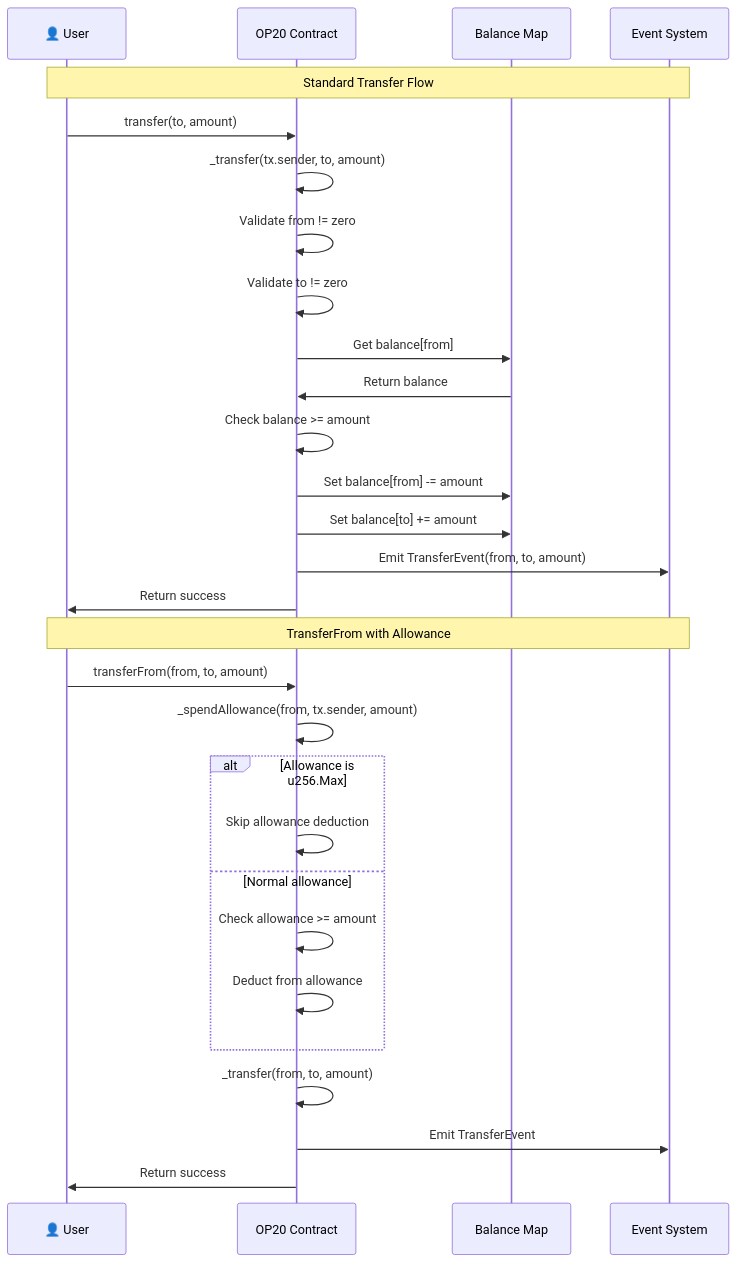
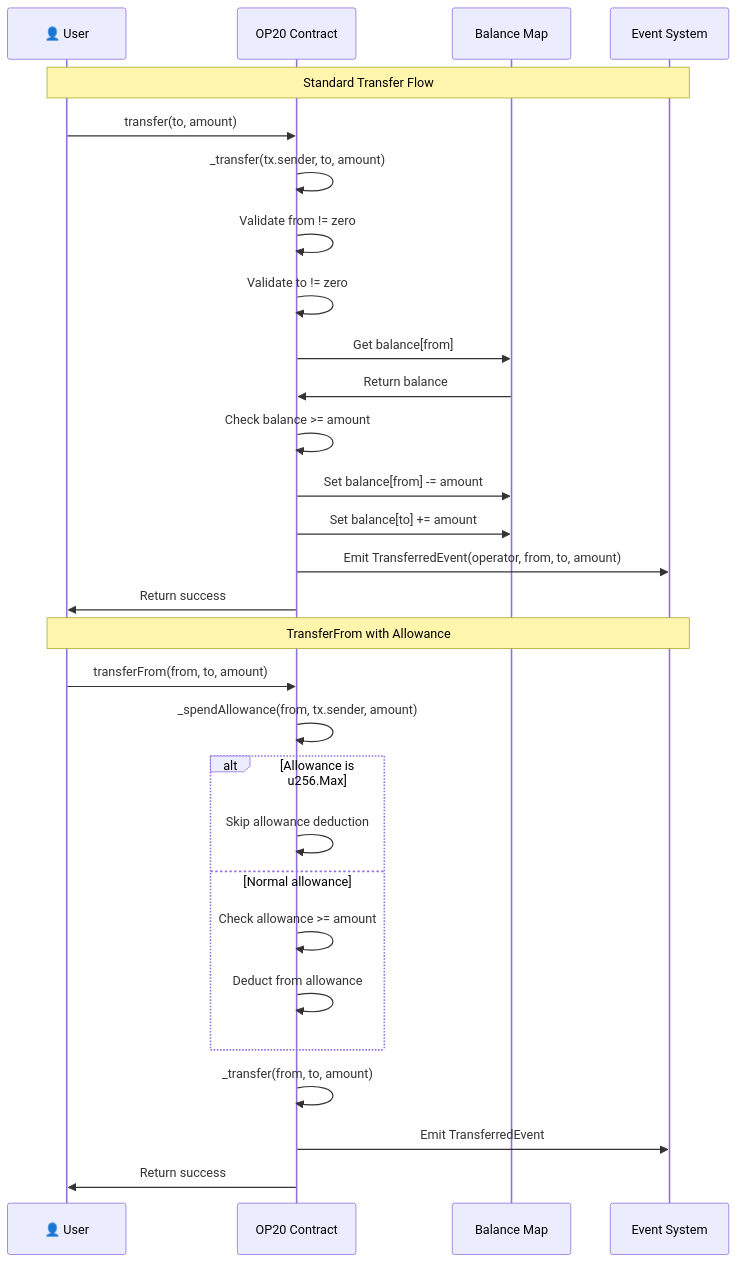
The third of 6 diagrams in docs/api-reference/op20.md (btc-vision/btc-runtime), drawn with Mermaid before and after one commit. The commit also changed other lines of this file and 30 other files, not shown here.

````diff
--- a/docs/api-reference/op20.md
+++ b/docs/api-reference/op20.md
@@ -270,43 +363,43 @@
 ```mermaid
 sequenceDiagram
     participant User as 👤 User
     participant Contract as OP20 Contract
     participant BalMap as Balance Map
     participant Events as Event System
 
     Note over User,Events: Standard Transfer Flow
 
     User->>Contract: transfer(to, amount)
     Contract->>Contract: _transfer(tx.sender, to, amount)
 
     Contract->>Contract: Validate from != zero
     Contract->>Contract: Validate to != zero
 
     Contract->>BalMap: Get balance[from]
     BalMap->>Contract: Return balance
 
     Contract->>Contract: Check balance >= amount
 
     Contract->>BalMap: Set balance[from] -= amount
     Contract->>BalMap: Set balance[to] += amount
 
-    Contract->>Events: Emit TransferEvent(from, to, amount)
+    Contract->>Events: Emit TransferredEvent(operator, from, to, amount)
 
     Contract->>User: Return success
 
     Note over User,Events: TransferFrom with Allowance
 
     User->>Contract: transferFrom(from, to, amount)
     Contract->>Contract: _spendAllowance(from, tx.sender, amount)
 
     alt Allowance is u256.Max
         Contract->>Contract: Skip allowance deduction
     else Normal allowance
         Contract->>Contract: Check allowance >= amount
         Contract->>Contract: Deduct from allowance
     end
 
     Contract->>Contract: _transfer(from, to, amount)
-    Contract->>Events: Emit TransferEvent
+    Contract->>Events: Emit TransferredEvent
     Contract->>User: Return success
 ```
````
